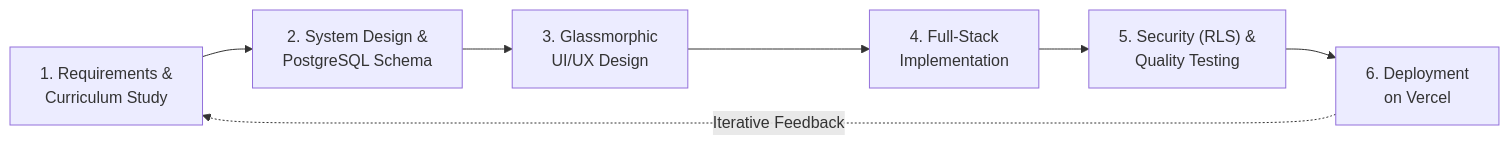
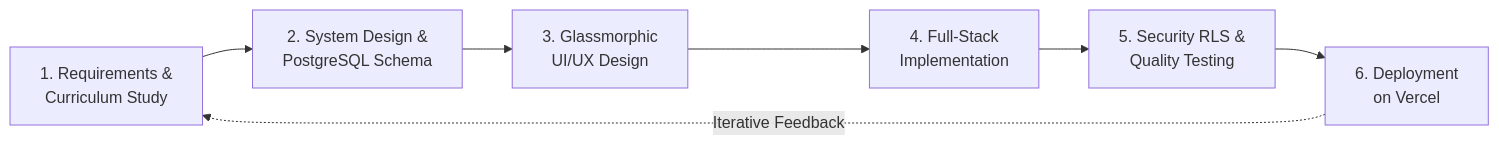
One commit to eseromdemissew/vellum changed the third of 7 diagrams in README.md. Above: the diagram before and after it, drawn with Mermaid. The commit also changed other lines of this file, not shown here.

Commit message:
fix(docs): resolve Mermaid syntax error on System Architecture and normalize all diagrams for GitHub renderer

````diff
--- a/README.md
+++ b/README.md
@@ -398,9 +404,9 @@
 ```mermaid
 flowchart LR
     A["1. Requirements &<br/>Curriculum Study"] --> B["2. System Design &<br/>PostgreSQL Schema"]
     B --> C["3. Glassmorphic<br/>UI/UX Design"]
     C --> D["4. Full-Stack<br/>Implementation"]
-    D --> E["5. Security (RLS) &<br/>Quality Testing"]
+    D --> E["5. Security RLS &<br/>Quality Testing"]
     E --> F["6. Deployment<br/>on Vercel"]
-    F -. Iterative Feedback .-> A
+    F -. "Iterative Feedback" .-> A
 ```
````
